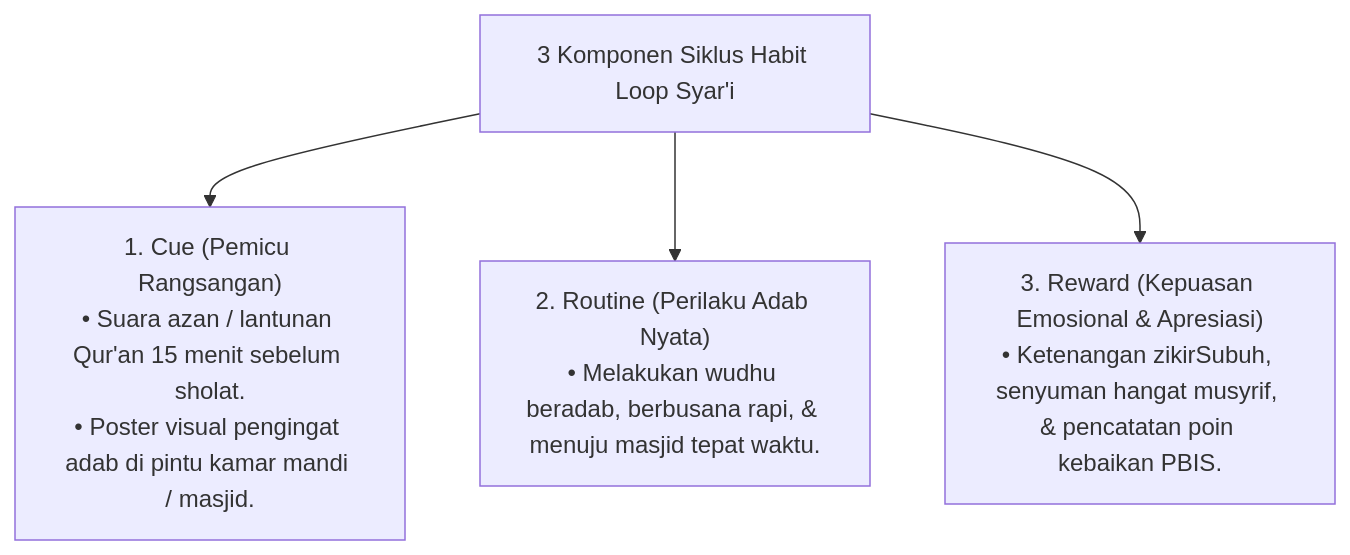
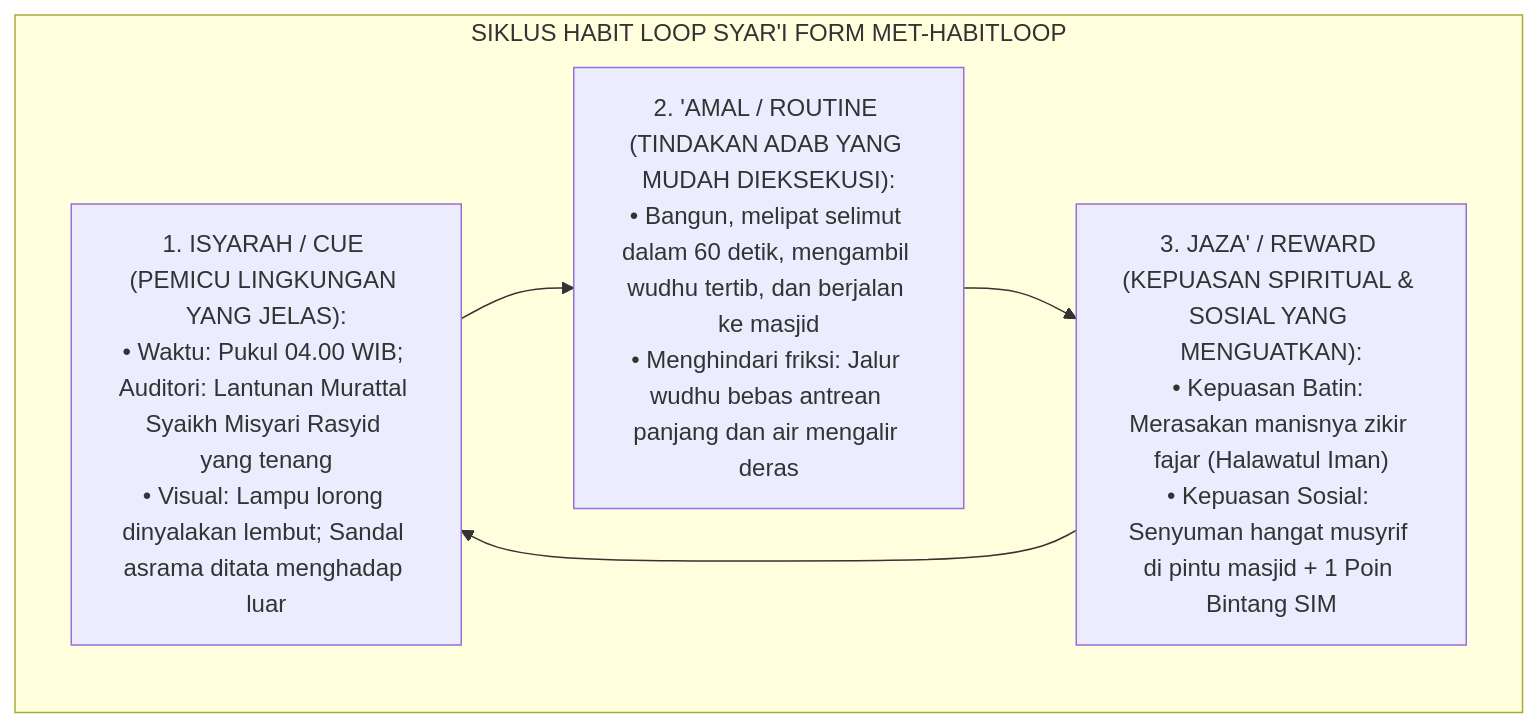
Before and after one commit to wandiapriliyandi/tumbuh: the second of 2 diagrams in 10 Methods/05 Habit Formation/P10-05-01-Siklus-Habit-Loop-Cue-Routine-Reward-Syar'i.md, drawn with Mermaid. The commit also changed other lines of this file and 3 other files, not shown here.

````diff
--- a/10 Methods/05 Habit Formation/P10-05-01-Siklus-Habit-Loop-Cue-Routine-Reward-Syar'i.md
+++ b/10 Methods/05 Habit Formation/P10-05-01-Siklus-Habit-Loop-Cue-Routine-Reward-Syar'i.md
@@ -14,7 +42,9 @@
 ```mermaid
-graph TD
-    HabitLoopRunbook["3 Komponen Siklus Habit Loop Syar'i"]
-    HabitLoopRunbook --> CuePhase["1. Cue (Pemicu Rangsangan)<br/>• Suara azan / lantunan Qur'an 15 menit sebelum sholat.<br/>• Poster visual pengingat adab di pintu kamar mandi / masjid."]
-    HabitLoopRunbook --> RoutinePhase["2. Routine (Perilaku Adab Nyata)<br/>• Melakukan wudhu beradab, berbusana rapi, & menuju masjid tepat waktu."]
-    HabitLoopRunbook --> RewardPhase["3. Reward (Kepuasan Emosional & Apresiasi)<br/>• Ketenangan zikirSubuh, senyuman hangat musyrif, & pencatatan poin kebaikan PBIS."]
+flowchart TD
+    subgraph ThreeSyar'iHabitPhases["SIKLUS HABIT LOOP SYAR'I FORM MET-HABITLOOP"]
+        C["1. ISYARAH / CUE (PEMICU LINGKUNGAN YANG JELAS):<br/>• Waktu: Pukul 04.00 WIB; Auditori: Lantunan Murattal Syaikh Misyari Rasyid yang tenang<br/>• Visual: Lampu lorong dinyalakan lembut; Sandal asrama ditata menghadap luar"]
+        R["2. 'AMAL / ROUTINE (TINDAKAN ADAB YANG MUDAH DIEKSEKUSI):<br/>• Bangun, melipat selimut dalam 60 detik, mengambil wudhu tertib, dan berjalan ke masjid<br/>• Menghindari friksi: Jalur wudhu bebas antrean panjang dan air mengalir deras"]
+        J["3. JAZA' / REWARD (KEPUASAN SPIRITUAL & SOSIAL YANG MENGUATKAN):<br/>• Kepuasan Batin: Merasakan manisnya zikir fajar (Halawatul Iman)<br/>• Kepuasan Sosial: Senyuman hangat musyrif di pintu masjid + 1 Poin Bintang SIM"]
+        C --> R --> J --> C
+    end
 ```
````
